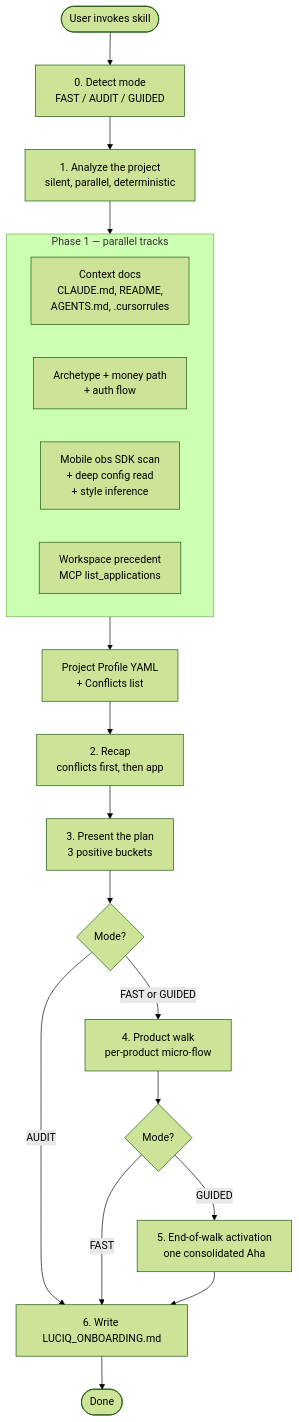
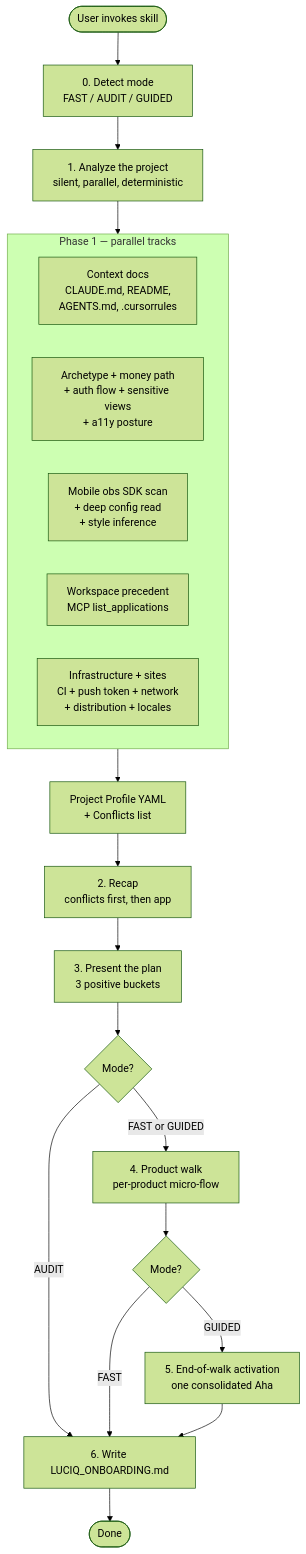
One commit to luciqai/agent-skills changed the second of 4 diagrams in plugins/luciq-skills/skills/luciq-onboard/README.md. Above: the diagram before and after it, drawn with Mermaid (forest theme). The commit also changed other lines of this file and 4 other files, not shown here.

````diff
--- a/plugins/luciq-skills/skills/luciq-onboard/README.md
+++ b/plugins/luciq-skills/skills/luciq-onboard/README.md
@@ -68,25 +143,26 @@
 ```mermaid
 flowchart TD
     Start([User invokes skill]) --> P0[0. Detect mode<br/>FAST / AUDIT / GUIDED]
     P0 --> P1[1. Analyze the project<br/>silent, parallel, deterministic]
 
     subgraph Analyze["Phase 1 — parallel tracks"]
         A[Context docs<br/>CLAUDE.md, README,<br/>AGENTS.md, .cursorrules]
-        B[Archetype + money path<br/>+ auth flow]
+        B[Archetype + money path<br/>+ auth flow + sensitive views<br/>+ a11y posture]
         C[Mobile obs SDK scan<br/>+ deep config read<br/>+ style inference]
         D[Workspace precedent<br/>MCP list_applications]
+        E[Infrastructure + sites<br/>CI + push token + network<br/>+ distribution + locales]
     end
 
     P1 --> Analyze
     Analyze --> Profile[Project Profile YAML<br/>+ Conflicts list]
     Profile --> P2[2. Recap<br/>conflicts first, then app]
     P2 --> P3[3. Present the plan<br/>3 positive buckets]
     P3 --> P3a{Mode?}
     P3a -->|AUDIT| Handoff
     P3a -->|FAST or GUIDED| P4[4. Product walk<br/>per-product micro-flow]
     P4 --> P5{Mode?}
     P5 -->|FAST| Handoff
     P5 -->|GUIDED| P5a[5. End-of-walk activation<br/>one consolidated Aha]
     P5a --> Handoff[6. Write LUCIQ_ONBOARDING.md]
     Handoff --> Out([Done])
 ```
````
